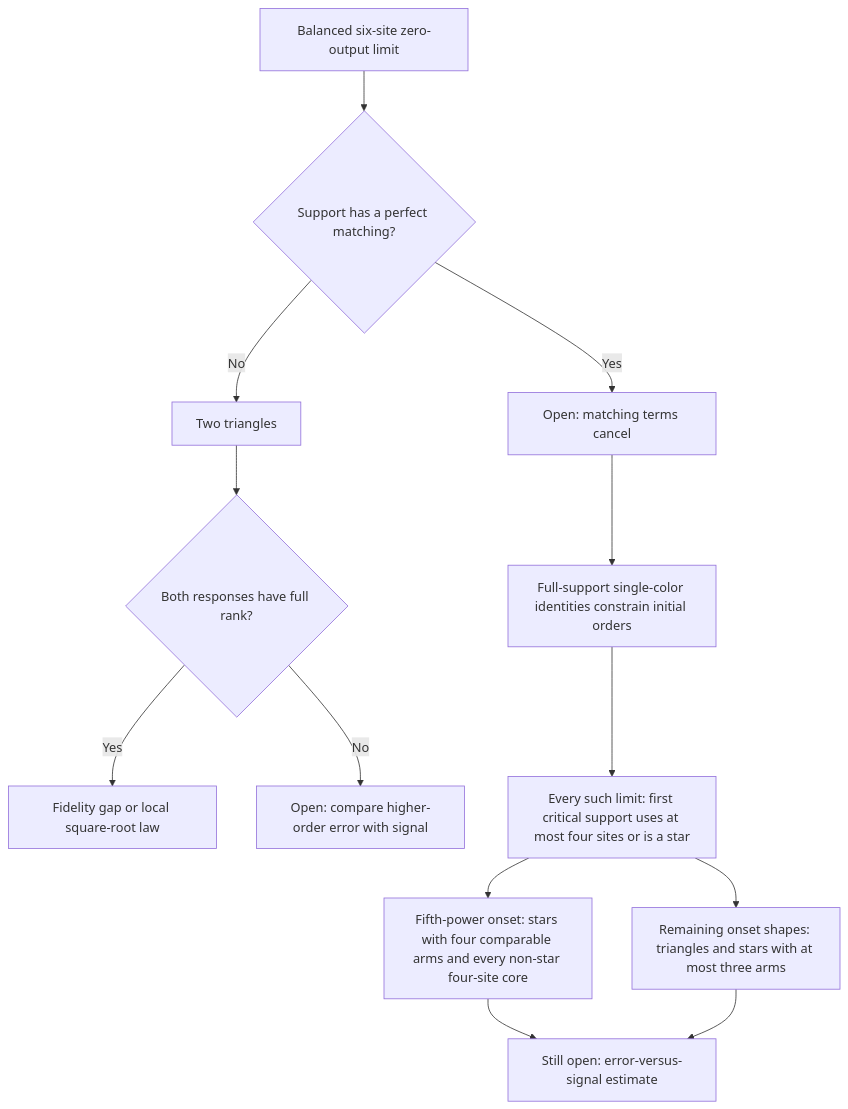
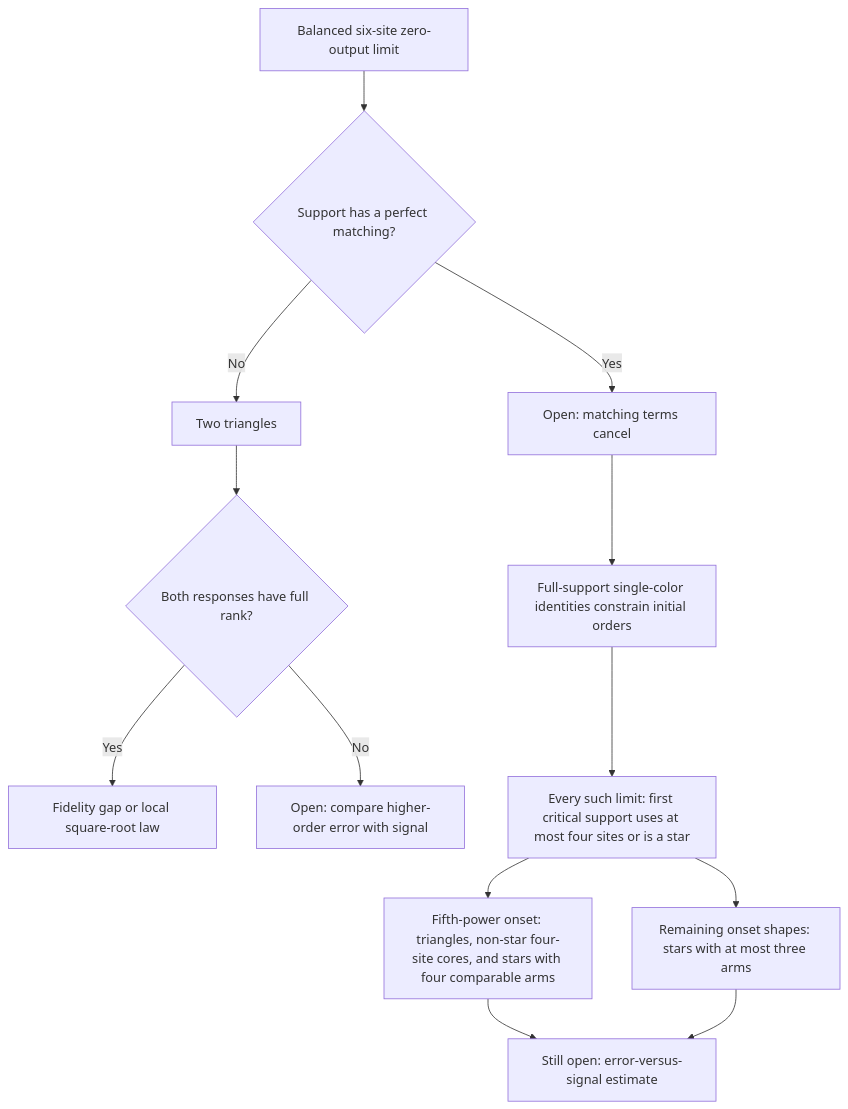
One commit to rrajasek95/krenn-conjecture changed the diagram in research/ghz-rates/README.md. Above: the diagram before and after it, drawn with Mermaid. The commit also changed other lines of this file and 12 other files, not shown here.

Commit message:
Prove GHZ onset through every triangle response rank loss

```diff
--- a/research/ghz-rates/README.md
+++ b/research/ghz-rates/README.md
@@ -47,15 +48,15 @@
 ~~~mermaid
 flowchart TD
     A["Balanced six-site zero-output limit"] --> B{"Support has a perfect matching?"}
     B -->|No| C["Two triangles"]
     C --> D{"Both responses have full rank?"}
     D -->|Yes| E["Fidelity gap or local square-root law"]
     D -->|No| F["Open: compare higher-order error with signal"]
     B -->|Yes| G["Open: matching terms cancel"]
     G --> H["Full-support single-color identities constrain initial orders"]
     H --> I["Every such limit: first critical support uses at most four sites or is a star"]
-    I --> J["Fifth-power onset: stars with four comparable arms and every non-star four-site core"]
-    I --> K["Remaining onset shapes: triangles and stars with at most three arms"]
+    I --> J["Fifth-power onset: triangles, non-star four-site cores, and stars with four comparable arms"]
+    I --> K["Remaining onset shapes: stars with at most three arms"]
     J --> L["Still open: error-versus-signal estimate"]
     K --> L
 ~~~
```
